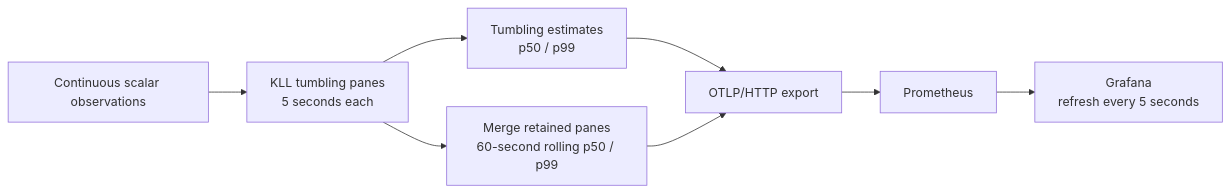
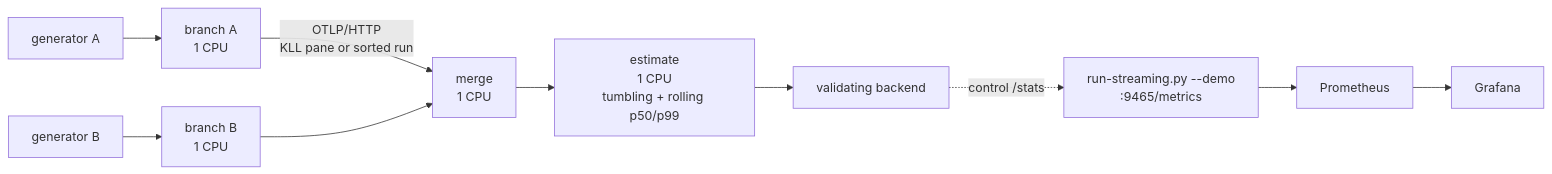
The diagram in docs/kll-windows.md (ProjectASAP/ASAPCollector-public), drawn with Mermaid before and after one commit. The commit also changed other lines of this file and 17 other files, not shown here.

First line of the commit message:
Run the KLL demo as pinned multi-process pipelines next to exact

````diff
--- a/docs/kll-windows.md
+++ b/docs/kll-windows.md
@@ -8,10 +9,11 @@
 ```mermaid
 flowchart LR
-  S["Continuous scalar observations"] --> P["KLL tumbling panes<br/>5 seconds each"]
-  P --> T["Tumbling estimates<br/>p50 / p99"]
-  P --> R["Merge retained panes<br/>60-second rolling p50 / p99"]
-  T --> E["OTLP/HTTP export"]
-  R --> E
-  E --> M[Prometheus]
-  M --> G["Grafana<br/>refresh every 5 seconds"]
+  GA["generator A"] --> BA["branch A<br/>1 CPU"]
+  GB["generator B"] --> BB["branch B<br/>1 CPU"]
+  BA -->|"OTLP/HTTP<br/>KLL pane or sorted run"| M["merge<br/>1 CPU"]
+  BB --> M
+  M --> E["estimate<br/>1 CPU<br/>tumbling + rolling p50/p99"]
+  E --> V["validating backend"]
+  V -. "control /stats" .-> D["run-streaming.py --demo<br/>:9465/metrics"]
+  D --> P[Prometheus] --> G[Grafana]
 ```
````
